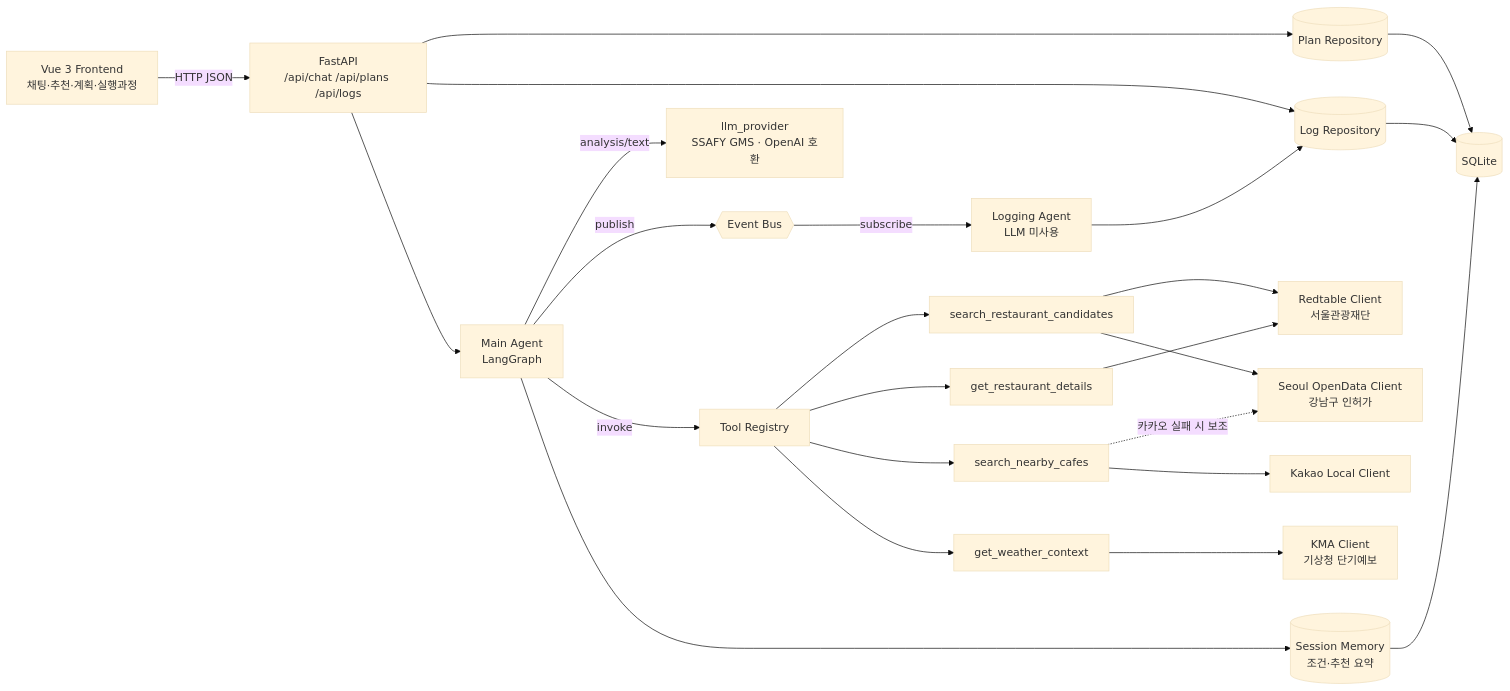
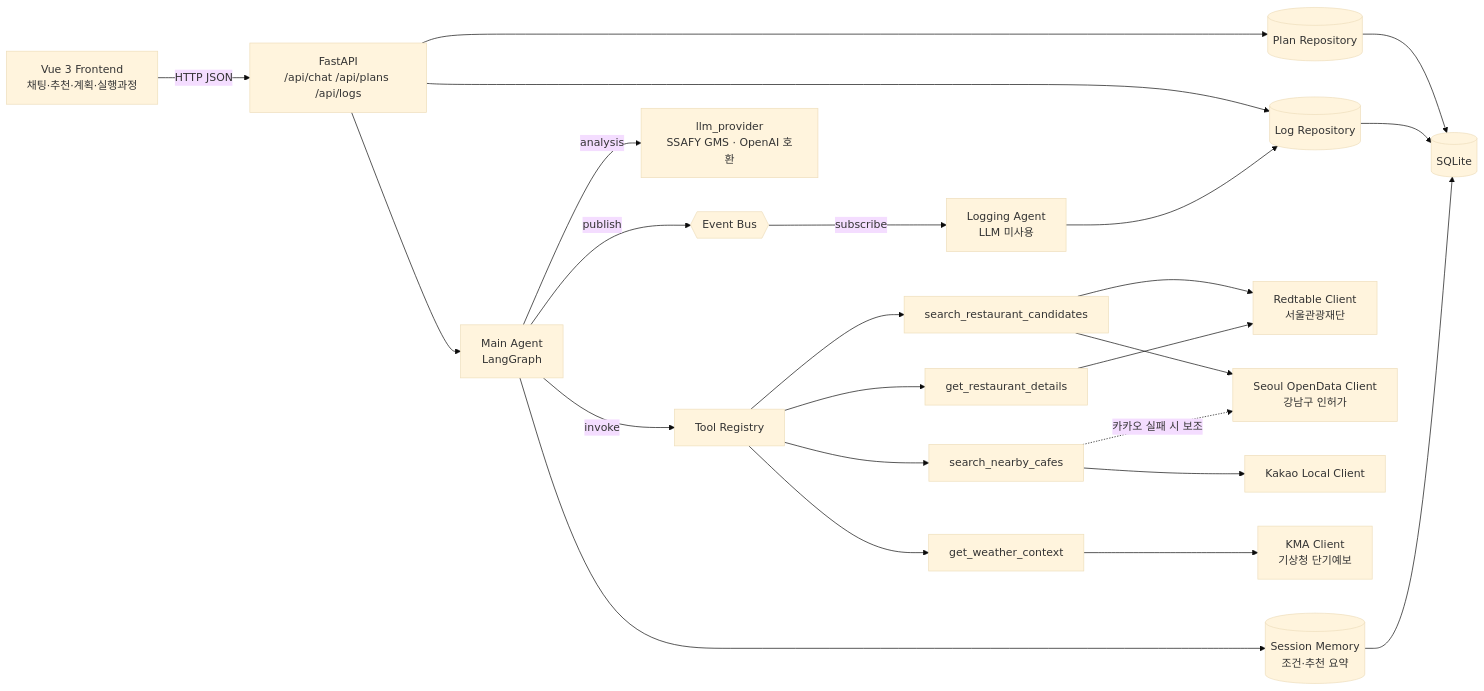
One commit to yeonddyu/babkagong changed the first of 2 diagrams in docs/architecture.md. Above: the diagram before and after it, drawn with Mermaid (base theme). The commit also changed 5 other files, not shown here.

````diff
--- a/docs/architecture.md
+++ b/docs/architecture.md
@@ -5,23 +5,23 @@
 ```mermaid
 flowchart LR
   UI[Vue 3 Frontend<br/>채팅·추천·계획·실행과정] -->|HTTP JSON| API[FastAPI<br/>/api/chat /api/plans /api/logs]
   API --> AG[Main Agent<br/>LangGraph]
   API --> PR[(Plan Repository)]
   API --> LR[(Log Repository)]
   AG -->|invoke| REG[Tool Registry]
   REG --> T1[search_restaurant_candidates]
   REG --> T2[get_restaurant_details]
   REG --> T3[search_nearby_cafes]
   REG --> T4[get_weather_context]
   T1 & T2 --> C1[Redtable Client<br/>서울관광재단]
   T1 --> C2[Seoul OpenData Client<br/>강남구 인허가]
   T3 --> C3[Kakao Local Client]
   T3 -. 카카오 실패 시 보조 .-> C2
   T4 --> C4[KMA Client<br/>기상청 단기예보]
   AG -->|publish| BUS{{Event Bus}}
   BUS -->|subscribe| LA[Logging Agent<br/>LLM 미사용]
   LA --> LR
-  AG -->|analysis/text| LLM[llm_provider<br/>SSAFY GMS · OpenAI 호환]
+  AG -->|analysis| LLM[llm_provider<br/>SSAFY GMS · OpenAI 호환]
   AG --> MEM[(Session Memory<br/>조건·추천 요약)]
   PR & LR & MEM --> DB[(SQLite)]
 ```
````
